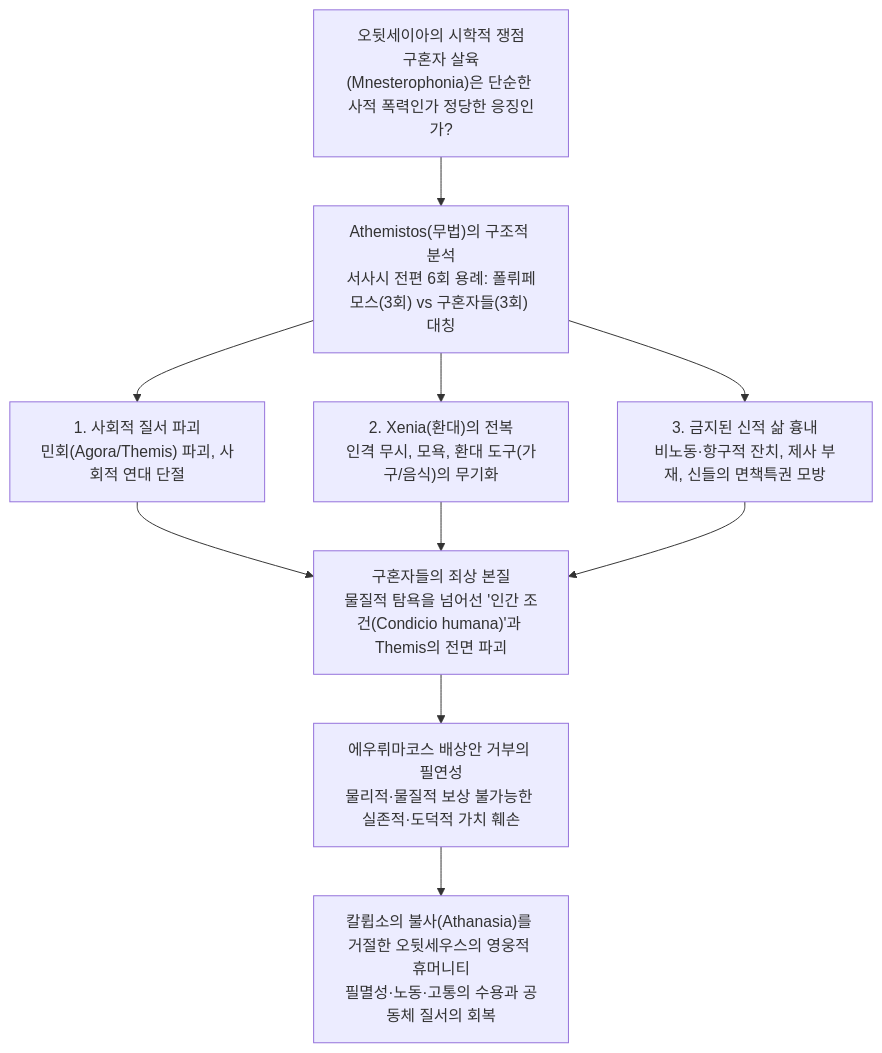
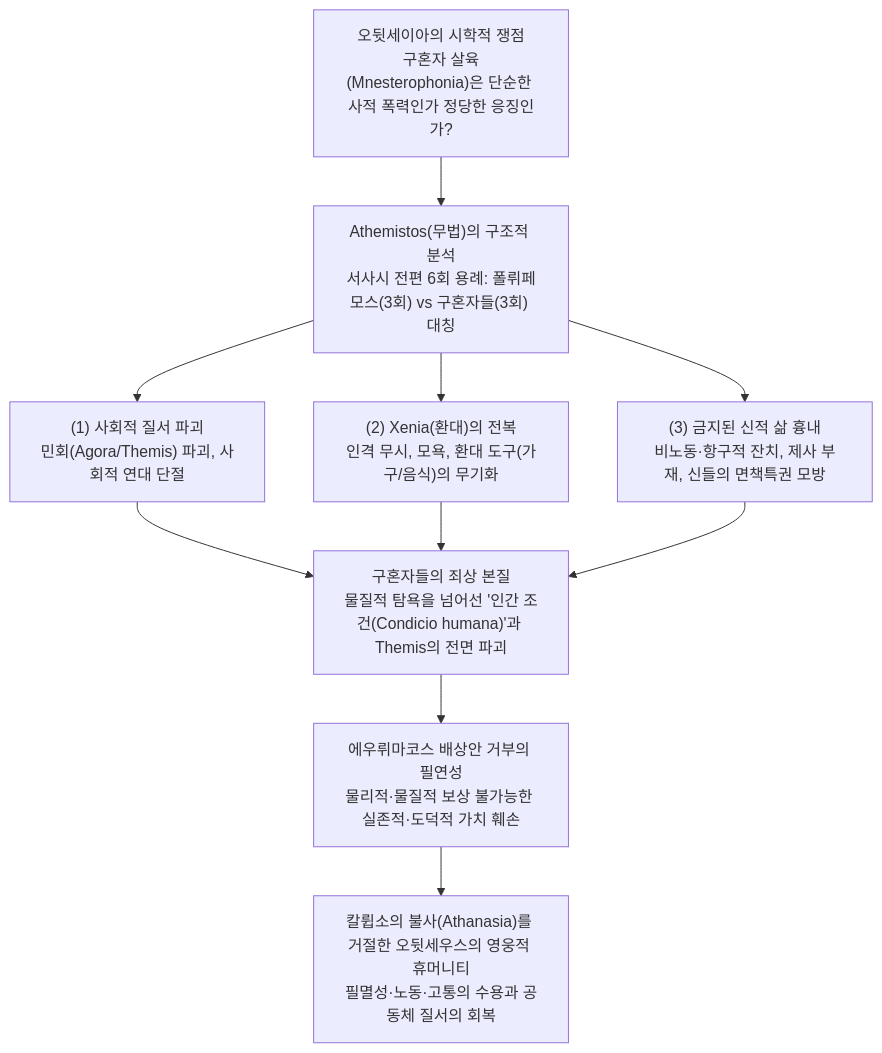
Before and after one commit to YgHnSIM/Homer_wiki: the diagram in wiki/sources/lee-junseok-2016-odyssey-humanity.md, drawn with Mermaid. The commit also changed 6 other files, not shown here.

````diff
--- a/wiki/sources/lee-junseok-2016-odyssey-humanity.md
+++ b/wiki/sources/lee-junseok-2016-odyssey-humanity.md
@@ -63,12 +63,12 @@
 ```mermaid
 graph TD
     A["오뒷세이아의 시학적 쟁점<br/>구혼자 살육(Mnesterophonia)은 단순한 사적 폭력인가 정당한 응징인가?"] --> B["Athemistos(무법)의 구조적 분석<br/>서사시 전편 6회 용례: 폴뤼페모스(3회) vs 구혼자들(3회) 대칭"]
-    B --> C["1. 사회적 질서 파괴<br/>민회(Agora/Themis) 파괴, 사회적 연대 단절"]
-    B --> D["2. Xenia(환대)의 전복<br/>인격 무시, 모욕, 환대 도구(가구/음식)의 무기화"]
-    B --> E["3. 금지된 신적 삶 흉내<br/>비노동·항구적 잔치, 제사 부재, 신들의 면책특권 모방"]
+    B --> C["(1) 사회적 질서 파괴<br/>민회(Agora/Themis) 파괴, 사회적 연대 단절"]
+    B --> D["(2) Xenia(환대)의 전복<br/>인격 무시, 모욕, 환대 도구(가구/음식)의 무기화"]
+    B --> E["(3) 금지된 신적 삶 흉내<br/>비노동·항구적 잔치, 제사 부재, 신들의 면책특권 모방"]
     C --> F["구혼자들의 죄상 본질<br/>물질적 탐욕을 넘어선 '인간 조건(Condicio humana)'과 Themis의 전면 파괴"]
     D --> F
     E --> F
     F --> G["에우뤼마코스 배상안 거부의 필연성<br/>물리적·물질적 보상 불가능한 실존적·도덕적 가치 훼손"]
     G --> H["칼륍소의 불사(Athanasia)를 거절한 오뒷세우스의 영웅적 휴머니티<br/>필멸성·노동·고통의 수용과 공동체 질서의 회복"]
 ```
````
